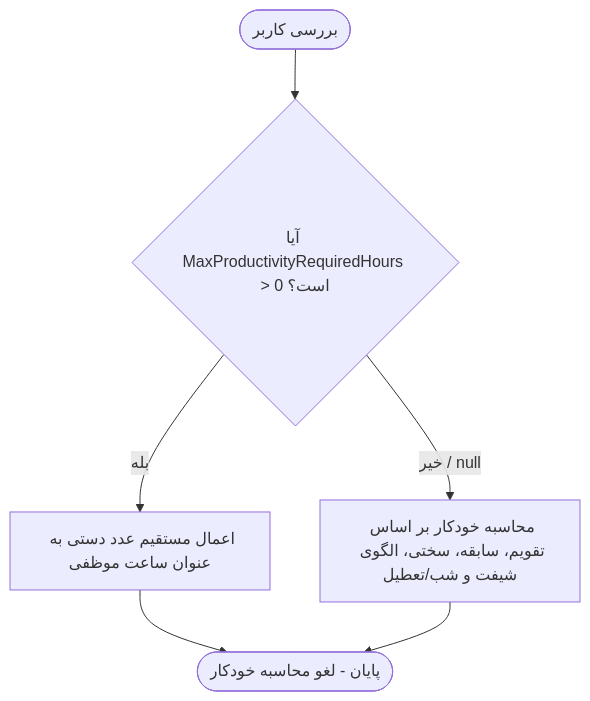
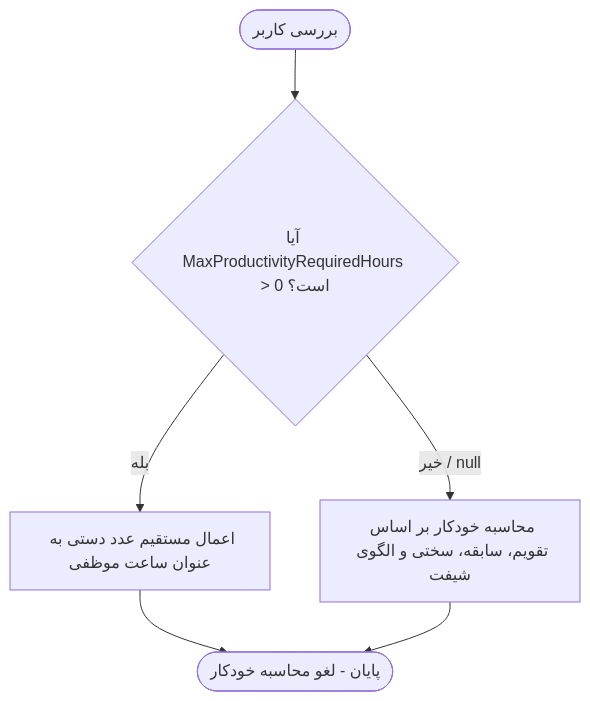
Before and after one commit to rayanoco65-javad/ShiftYaar: the second of 2 diagrams in Docs/Personnel_Required_Hours_Guide_FA.md, drawn with Mermaid. The commit also changed other lines of this file and 16 other files, not shown here.

````diff
--- a/Docs/Personnel_Required_Hours_Guide_FA.md
+++ b/Docs/Personnel_Required_Hours_Guide_FA.md
@@ -146,8 +161,8 @@
 ```mermaid
 graph TD
     Start([بررسی کاربر]) --> CheckOverride{آیا MaxProductivityRequiredHours > 0 است؟}
     CheckOverride -- بله --> SetManual[اعمال مستقیم عدد دستی به عنوان ساعت موظفی]
     SetManual --> End([پایان - لغو محاسبه خودکار])
-    CheckOverride -- خیر / null --> RunAuto[محاسبه خودکار بر اساس تقویم، سابقه، سختی، الگوی شیفت و شب/تعطیل]
+    CheckOverride -- خیر / null --> RunAuto[محاسبه خودکار بر اساس تقویم، سابقه، سختی و الگوی شیفت]
     RunAuto --> End
 ```
````
